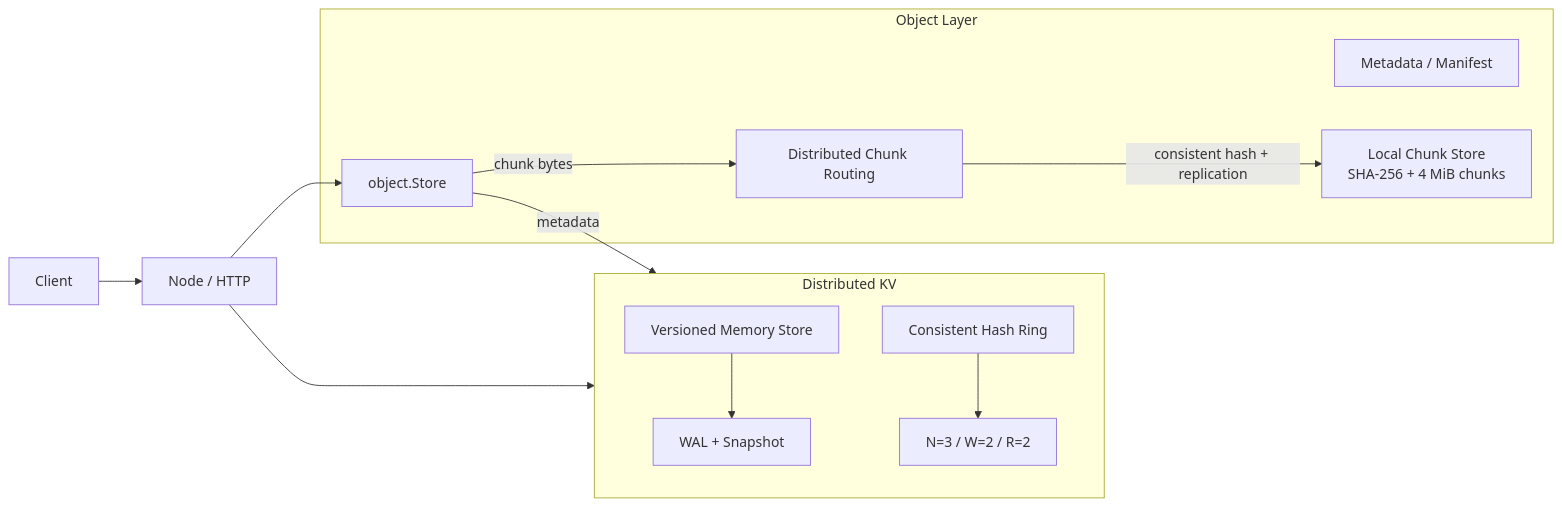
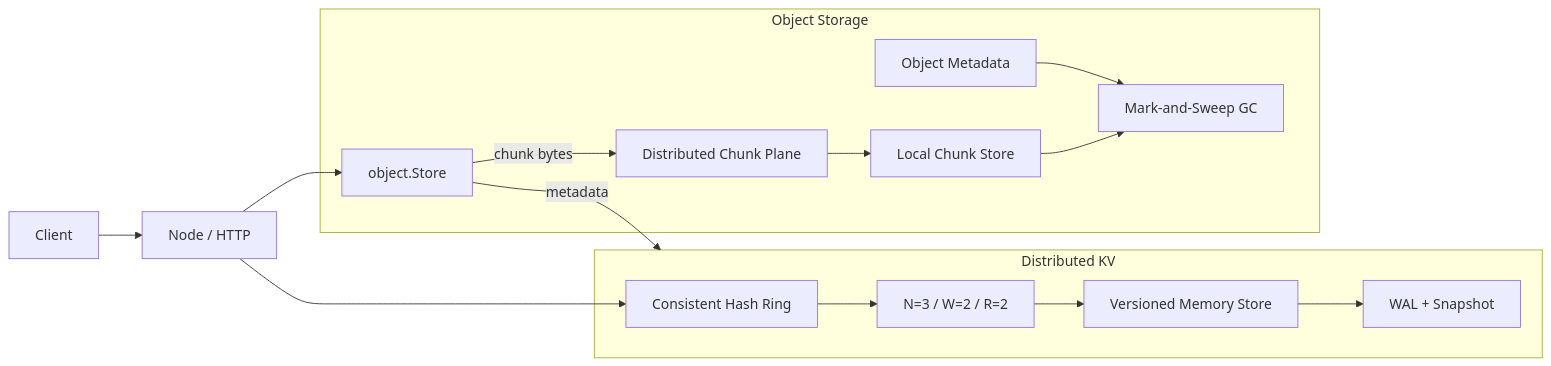
One commit to huanzichen00/minidist changed the diagram in README.md. Above: the diagram before and after it, drawn with Mermaid. The commit also changed other lines of this file and 1 other file, not shown here.

````diff
--- a/README.md
+++ b/README.md
@@ -11,28 +14,33 @@
-```mermaid
+~~~mermaid
 flowchart LR
     Client[Client]
     Node[Node / HTTP]
 
     subgraph KV[Distributed KV]
         Ring[Consistent Hash Ring]
-        Replication[N=3 / W=2 / R=2]
-        Memory[Versioned Memory Store]
+        Quorum[N=3 / W=2 / R=2]
+        Store[Versioned Memory Store]
         Persist[WAL + Snapshot]
     end
 
-    subgraph Object[Object Layer]
+    subgraph Object[Object Storage]
         Obj[object.Store]
-        Meta[Metadata / Manifest]
-        ChunkRoute[Distributed Chunk Routing]
-        ChunkDisk[Local Chunk Store\nSHA-256 + 4 MiB chunks]
+        Meta[Object Metadata]
+        Chunk[Distributed Chunk Plane]
+        Disk[Local Chunk Store]
+        GC[Mark-and-Sweep GC]
     end
 
     Client --> Node
-    Node --> KV
+    Node --> Ring
+    Ring --> Quorum
+    Quorum --> Store
+    Store --> Persist
+
     Node --> Obj
     Obj -->|metadata| KV
-    Obj -->|chunk bytes| ChunkRoute
-    ChunkRoute -->|consistent hash + replication| ChunkDisk
-    Memory --> Persist
-    Ring --> Replication
-```
+    Obj -->|chunk bytes| Chunk
+    Chunk --> Disk
+    Meta --> GC
+    Disk --> GC
+~~~
````
